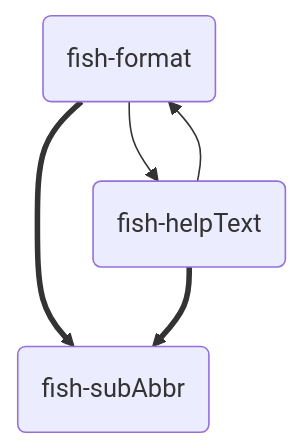
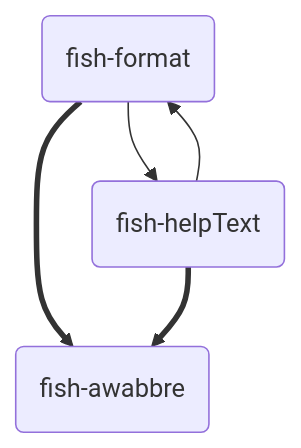
Before and after one commit to Drazape/fish-awabbre: the diagram in docs/content/Guides/Meta/Installation.md, drawn with Mermaid. The commit also changed other lines of this file and 113 other files, not shown here.

````diff
--- a/docs/content/Guides/Meta/Installation.md
+++ b/docs/content/Guides/Meta/Installation.md
@@ -12,9 +12,9 @@
 ```mermaid
 flowchart TD
 		accTitle: "Dependencies"
-		accDescr: "*fish-subAbbr* depends on 2 inter-dependent Fish plugins: *fish-helpText* and *fish-format*"
+		accDescr: "*fish-awabbre* depends on 2 inter-dependent Fish plugins: *fish-helpText* and *fish-format*"
     format(fish-format) --> helpText(fish-helpText)
     helpText --> format
-    format ==> subAbbr(fish-subAbbr)
-    helpText ==> subAbbr
+    format ==> awabbre(fish-awabbre)
+    helpText ==> awabbre
 ```
````
